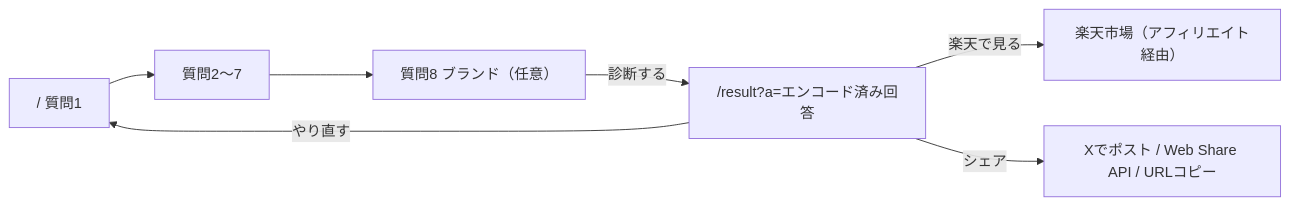
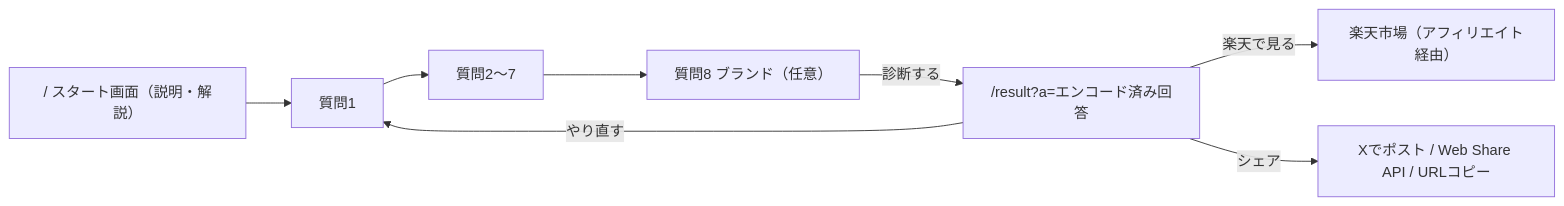
Before and after one commit to kzkOasis/racket-finder: the first of 2 diagrams in docs/design.md, drawn with Mermaid. The commit also changed other lines of this file and 3 other files, not shown here.

````diff
--- a/docs/design.md
+++ b/docs/design.md
@@ -79,8 +79,8 @@
 ```mermaid
 flowchart LR
-  A["/ 質問1"] --> B["質問2〜7"] --> C["質問8 ブランド（任意）"]
+  A0["/ スタート画面（説明・解説）"] --> A["質問1"] --> B["質問2〜7"] --> C["質問8 ブランド（任意）"]
   C -- 診断する --> R["/result?a=エンコード済み回答"]
   R -- 楽天で見る --> K["楽天市場（アフィリエイト経由）"]
   R -- シェア --> S["Xでポスト / Web Share API / URLコピー"]
   R -- やり直す --> A
 ```
````
